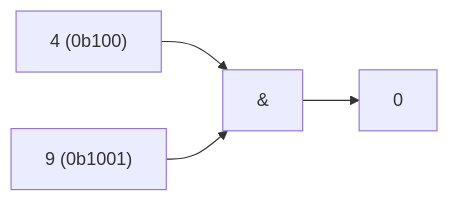
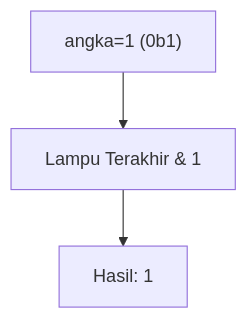
One commit to amnahwaida/OSNK_INF_PREP changed diagram 11 of 25 in part-c-pemahaman-cpp/06-bitwise/latihan/set-09.md. Above: the diagram before and after it, drawn with Mermaid. The commit also changed other lines of this file and 71 other files, not shown here.

````diff
--- a/part-c-pemahaman-cpp/06-bitwise/latihan/set-09.md
+++ b/part-c-pemahaman-cpp/06-bitwise/latihan/set-09.md
@@ -287,6 +297,5 @@
 ```mermaid
-graph LR
-A["4 (0b100)"] --> C["&"]
-B["9 (0b1001)"] --> C
-C --> D["0"]
+graph TD
+A["angka=1 (0b1)"] --> B["Lampu Terakhir & 1"]
+B --> C["Hasil: 1"]
 ```
````
